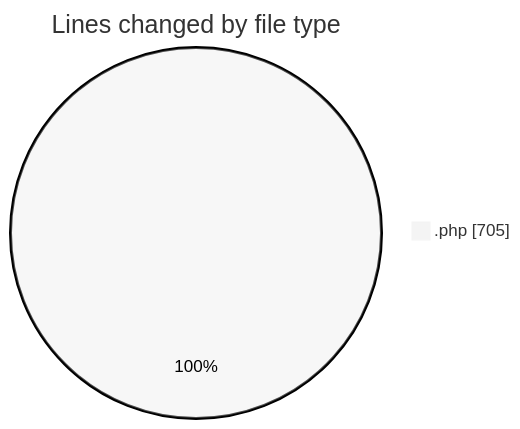
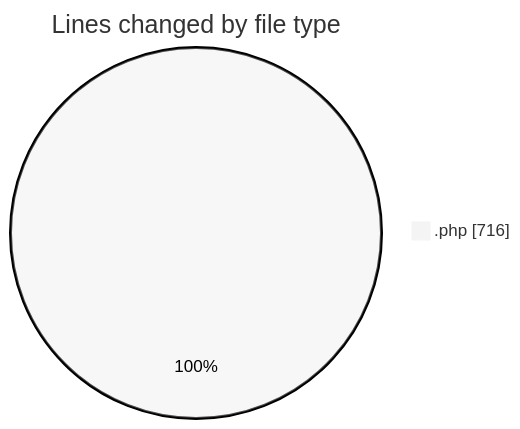
One commit to idhammustaqopulfikri/code-tracking changed the first of 2 diagrams in 2025-06-23/studio-backend/README.md. Above: the diagram before and after it, drawn with Mermaid (neutral theme). The commit also changed other lines of this file and 1 other file, not shown here.

````diff
--- a/2025-06-23/studio-backend/README.md
+++ b/2025-06-23/studio-backend/README.md
@@ -20,5 +20,5 @@
 ```mermaid
 pie showData
 title Lines changed by file type
-".php" : 705
+".php" : 716
 ```
````
